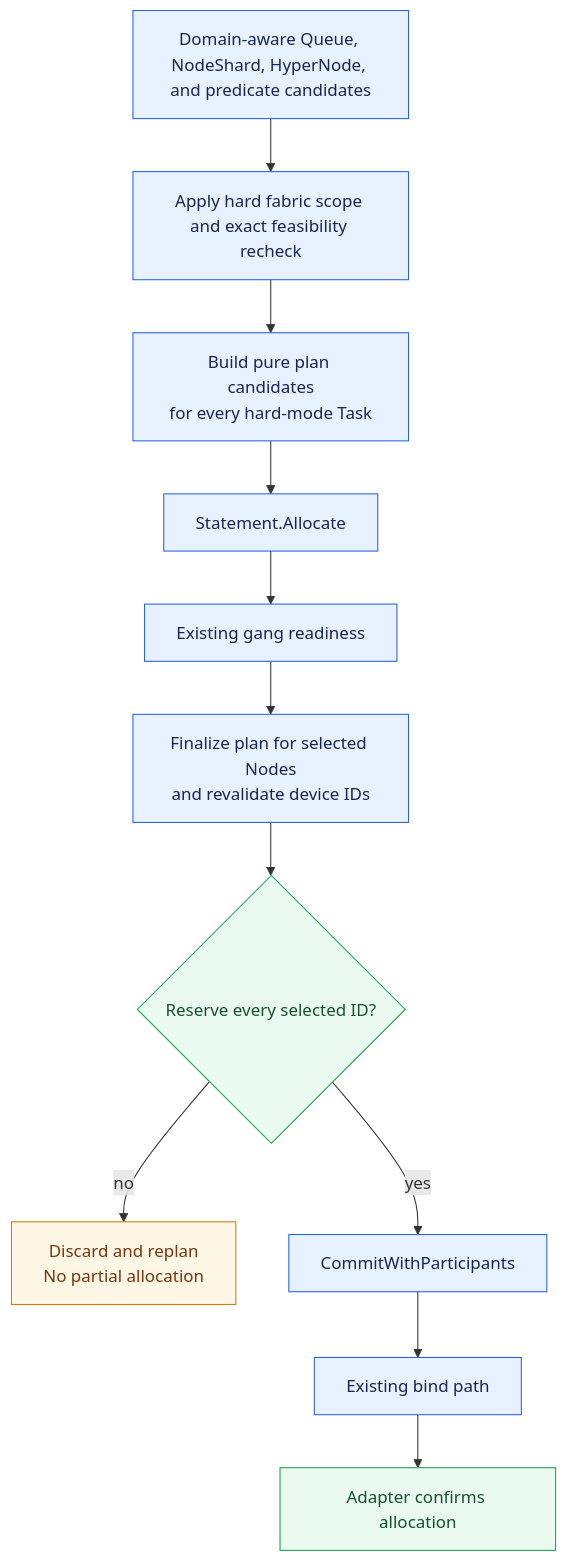
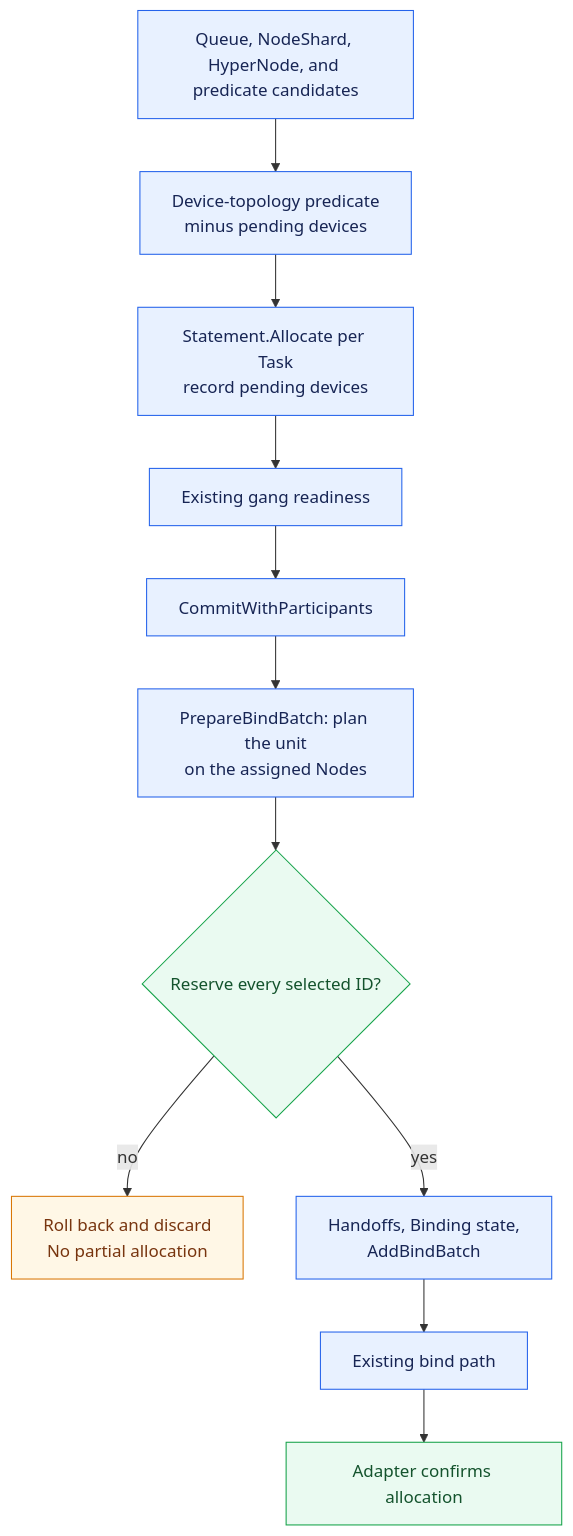
Before and after one commit to volcano-sh/volcano: the sixth of 7 diagrams in docs/design/generic-xpu-topology-aware-scheduling.md, drawn with Mermaid. The commit also changed other lines of this file, not shown here.

Commit message:
docs: describe commit-time gang planning and defer the gang-plan callback

````diff
--- a/docs/design/generic-xpu-topology-aware-scheduling.md
+++ b/docs/design/generic-xpu-topology-aware-scheduling.md
@@ -1212,20 +1165,20 @@
 ```mermaid
 flowchart TD
-    Candidates[Domain-aware Queue, NodeShard, HyperNode, and predicate candidates] --> Scope[Apply hard fabric scope and exact feasibility recheck]
-    Scope --> Plan["Build pure plan candidates<br/>for every hard-mode Task"]
-    Plan --> Statement[Statement.Allocate]
+    Candidates[Queue, NodeShard, HyperNode, and predicate candidates] --> Filter["Device-topology predicate<br/>minus pending devices"]
+    Filter --> Statement["Statement.Allocate per Task<br/>record pending devices"]
     Statement --> Ready[Existing gang readiness]
-    Ready --> Finalize["Finalize plan for selected Nodes<br/>and revalidate device IDs"]
+    Ready --> Commit[CommitWithParticipants]
+    Commit --> Finalize["PrepareBindBatch: plan the unit<br/>on the assigned Nodes"]
     Finalize --> Reserve{Reserve every selected ID?}
-    Reserve -->|no| Pending["Discard and replan<br/>No partial allocation"]
-    Reserve -->|yes| Commit[CommitWithParticipants]
-    Commit --> Bind[Existing bind path]
+    Reserve -->|no| Pending["Roll back and discard<br/>No partial allocation"]
+    Reserve -->|yes| Batch["Handoffs, Binding state,<br/>AddBindBatch"]
+    Batch --> Bind[Existing bind path]
     Bind --> Confirm[Adapter confirms allocation]
 
     classDef normal fill:#e8f1ff,stroke:#2563eb,color:#172554
     classDef safe fill:#eafaf1,stroke:#16a34a,color:#14532d
     classDef wait fill:#fff7e6,stroke:#d97706,color:#78350f
-    class Candidates,Scope,Plan,Statement,Ready,Finalize,Commit,Bind normal
+    class Candidates,Filter,Statement,Ready,Commit,Finalize,Batch,Bind normal
     class Reserve,Confirm safe
     class Pending wait
 ```
````
